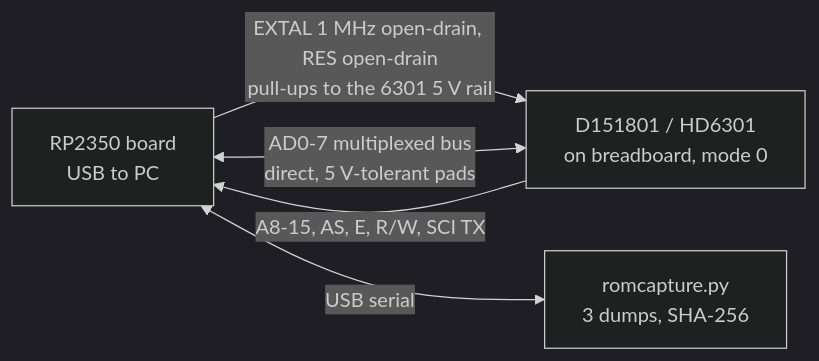
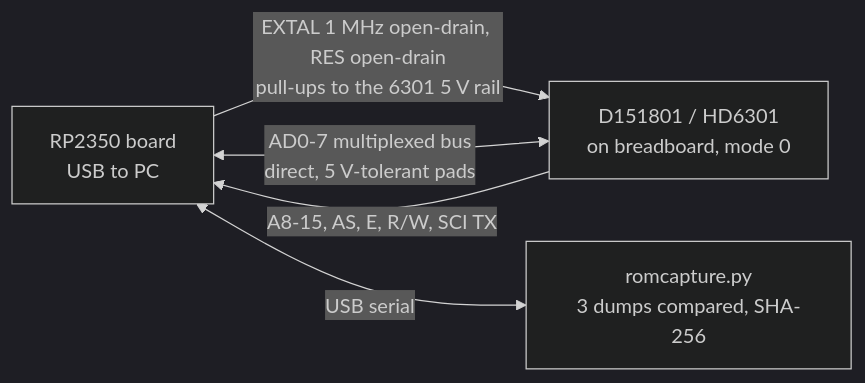
One commit to kurt-culley/Toyota-PCM-hacking changed the second of 4 diagrams in docs/RE_PLAN.md. Above: the diagram before and after it, drawn with Mermaid (dark theme). The commit also changed other lines of this file and 14 other files, not shown here.

````diff
--- a/docs/RE_PLAN.md
+++ b/docs/RE_PLAN.md
@@ -284,7 +284,7 @@
 ```mermaid
 flowchart LR
   RP[RP2350 board<br/>USB to PC] -->|EXTAL 1 MHz open-drain, RES open-drain<br/>pull-ups to the 6301 5 V rail| MCU[D151801 / HD6301<br/>on breadboard, mode 0]
   MCU <-->|AD0-7 multiplexed bus<br/>direct, 5 V-tolerant pads| RP
   MCU -->|A8-15, AS, E, R/W, SCI TX| RP
-  RP <-->|USB serial| PC[romcapture.py<br/>3 dumps, SHA-256]
+  RP <-->|USB serial| PC[romcapture.py<br/>3 dumps compared, SHA-256]
 ```
````
